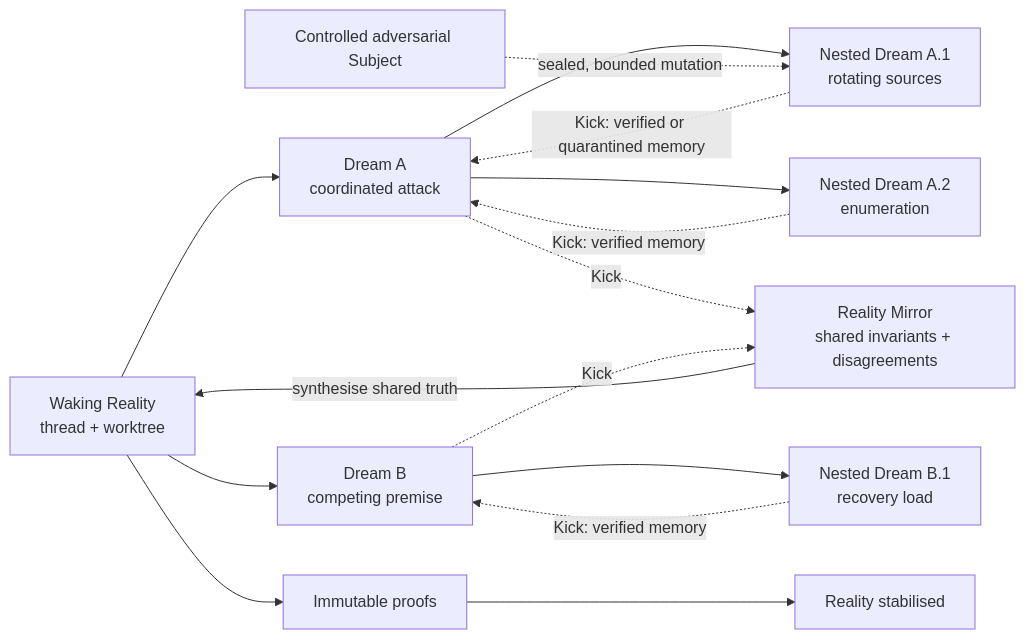
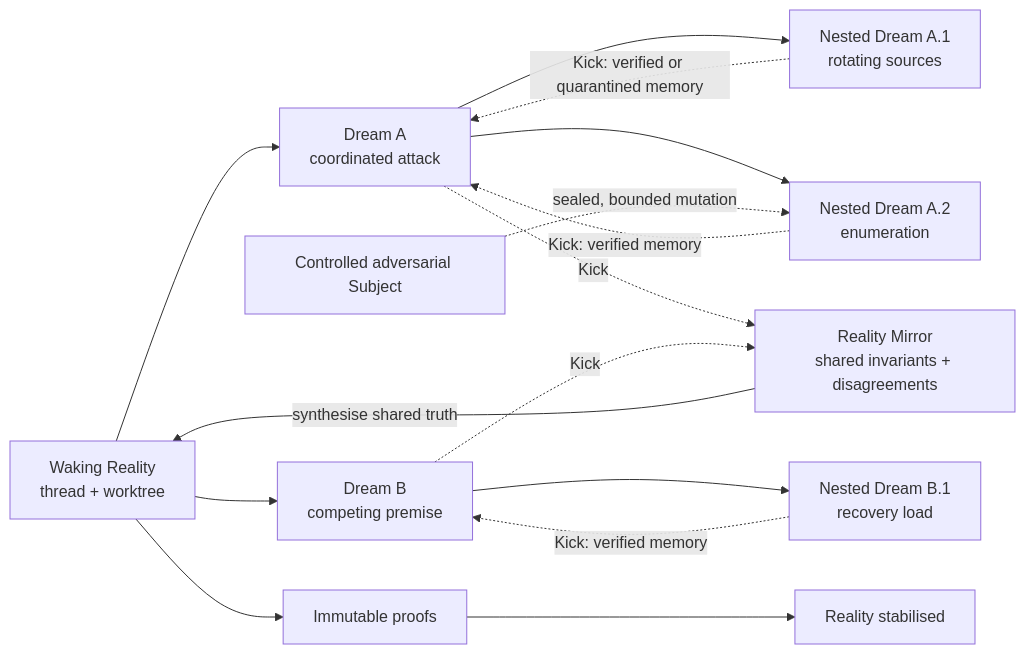
The diagram in README.md (alangunning/inception-reality-engine), drawn with Mermaid before and after one commit. The commit also changed other lines of this file and 26 other files, not shown here.

````diff
--- a/README.md
+++ b/README.md
@@ -19,17 +19,17 @@
 ```mermaid
 flowchart LR
   W["Waking Reality<br/>thread + worktree"] --> A["Dream A<br/>coordinated attack"]
   W --> B["Dream B<br/>competing premise"]
   A --> A1["Nested Dream A.1<br/>rotating sources"]
   A --> A2["Nested Dream A.2<br/>enumeration"]
   B --> B1["Nested Dream B.1<br/>recovery load"]
-  X["Controlled adversarial Subject"] -. "sealed, bounded mutation" .-> A1
+  X["Controlled adversarial Subject"] -. "sealed, bounded mutation" .-> A2
   A1 -. "Kick: verified or quarantined memory" .-> A
   A2 -. "Kick: verified memory" .-> A
   B1 -. "Kick: verified memory" .-> B
   A -. "Kick" .-> M["Reality Mirror<br/>shared invariants + disagreements"]
   B -. "Kick" .-> M
   M -->|"synthesise shared truth"| W
   W --> P["Immutable proofs"]
   P --> S["Reality stabilised"]
 ```
````
